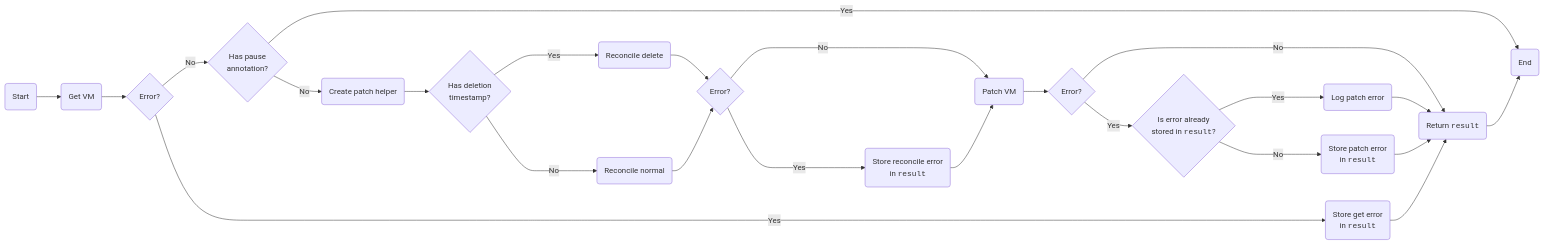
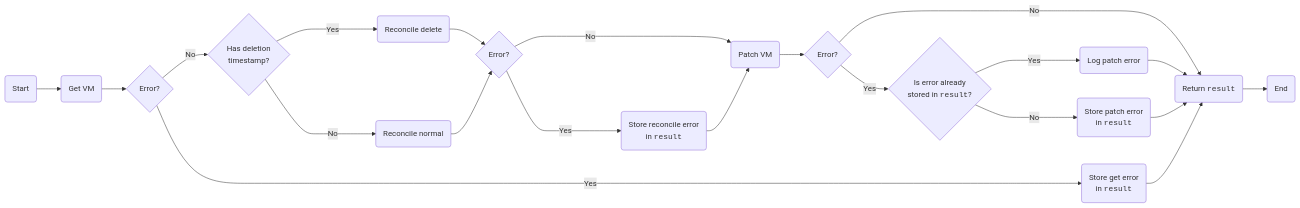
The first of 2 diagrams in docs/concepts/workloads/vm-controller.md (vmware-tanzu/vm-operator), drawn with Mermaid before and after one commit. The commit also changed other lines of this file, not shown here.

Commit message:
Update doc regarding pause annotation and ec kay

````diff
--- a/docs/concepts/workloads/vm-controller.md
+++ b/docs/concepts/workloads/vm-controller.md
@@ -7,39 +7,34 @@
 ```mermaid
 flowchart LR
     Start(Start) --> GetVM
 
     GetVM(Get VM) --> GetVMErr{Error?}
-    GetVMErr -->|No| HasPauseAnnotation{Has pause\nannotation?}
+    GetVMErr -->|No| HasDeletionTimestamp{Has deletion\ntimestamp?}
     GetVMErr ---->|Yes| StoreGetErrAndReturnErr
-
-    HasPauseAnnotation --> |No| CreatePatchHelper
-    HasPauseAnnotation ----> |Yes| End
-
-    CreatePatchHelper(Create patch helper) --> HasDeletionTimestamp{Has deletion\ntimestamp?}
 
     HasDeletionTimestamp --> |Yes| ReconcileDelete
     HasDeletionTimestamp ----> |No| ReconcileNormal
 
     ReconcileDelete(Reconcile delete) --> ReconcileDeleteNormalErr
     ReconcileNormal(Reconcile normal) --> ReconcileDeleteNormalErr
     ReconcileDeleteNormalErr{Error?}
     ReconcileDeleteNormalErr --> |No| PatchVM
     ReconcileDeleteNormalErr ----> |Yes| StoreErrAndPatch
     StoreErrAndPatch(Store reconcile error\nin <code>result</code>) --> PatchVM
 
     PatchVM(Patch VM) --> PatchVMErr{Error?}
     PatchVMErr --> |Yes| IsResultErr{Is error already\nstored in <code>result</code>?}
     PatchVMErr ----> |No| ReturnResult
     IsResultErr --> |No| StorePatchErr
     IsResultErr ----> |Yes| LogPatchErr
     LogPatchErr(Log patch error) --> ReturnResult
     StorePatchErr(Store patch error\nin <code>result</code>) --> ReturnResult
 
     %% This element's position keeps the graph from having to transect points
     %% between nodes.
     StoreGetErrAndReturnErr(Store get error\nin <code>result</code>) --> ReturnResult
 
     ReturnResult(Return <code>result</code>) --> End
 
     End(End)
 ```
````
